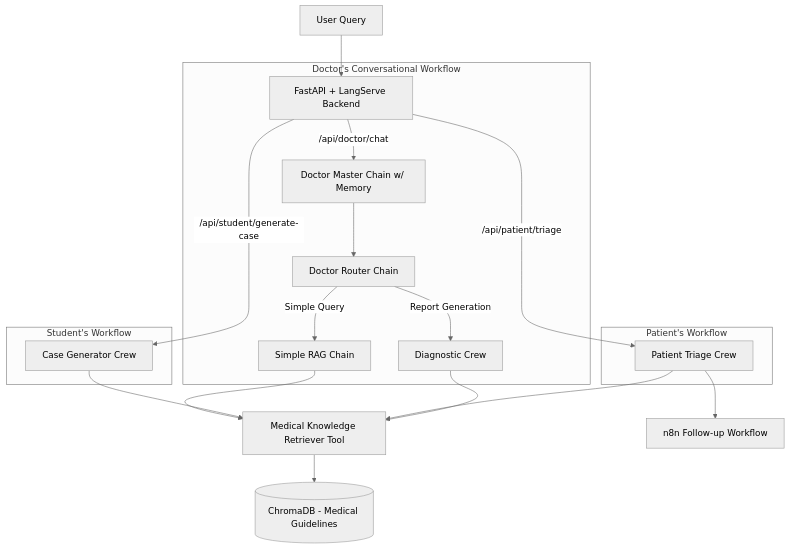
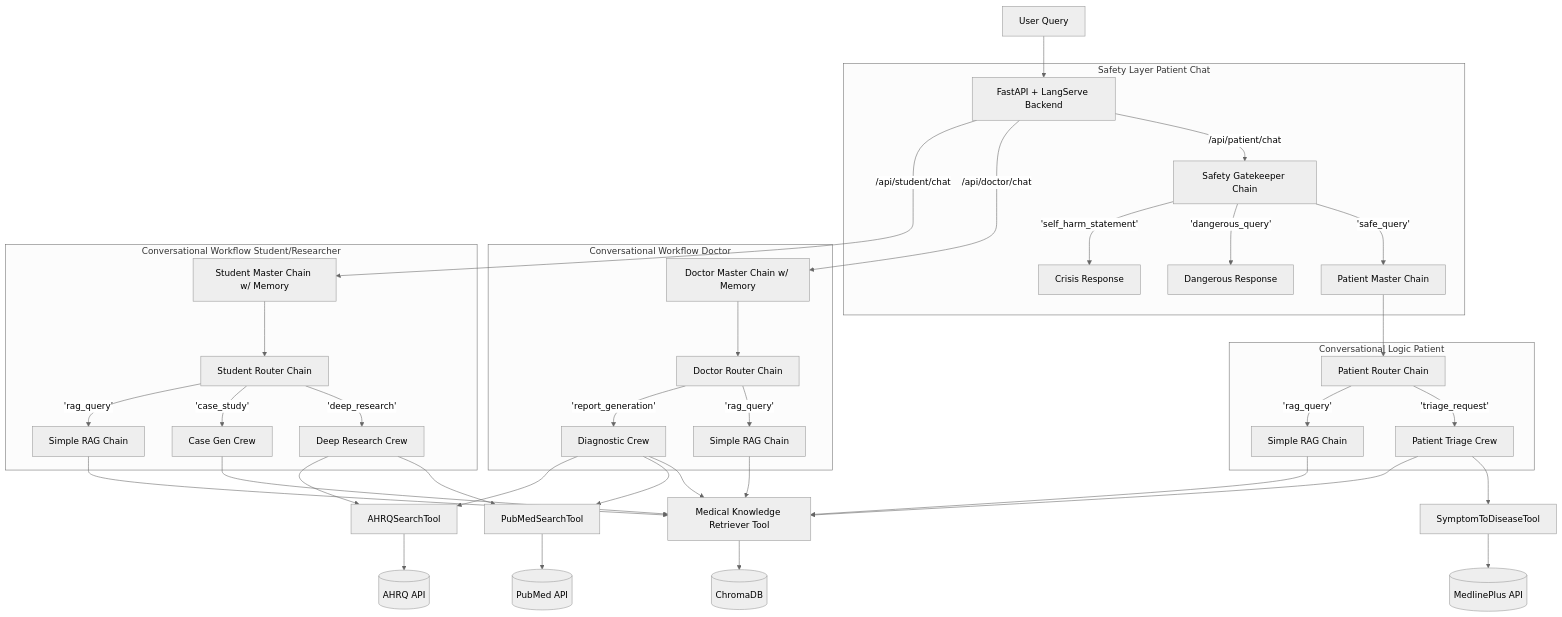
Before and after one commit to fidelis3/grad: the diagram in AI_Backend/medai/Visual/blueprint.md, drawn with Mermaid (neutral theme). The commit also changed other lines of this file and 6 other files, not shown here.

````diff
--- a/AI_Backend/medai/Visual/blueprint.md
+++ b/AI_Backend/medai/Visual/blueprint.md
@@ -1,27 +22,53 @@
 ```mermaid
 flowchart TB
     U[User Query] --> API[FastAPI + LangServe Backend]
 
-    subgraph Doctor's Conversational Workflow
-        API -- "/api/doctor/chat" --> DCM[Doctor Master Chain w/ Memory]
-        DCM --> DR[Doctor Router Chain]
-        DR -->|Simple Query| D_RAG[Simple RAG Chain]
-        DR -->|Report Generation| DC[Diagnostic Crew]
+    subgraph Safety Layer Patient Chat
+        API -- "/api/patient/chat" --> SC[Safety Gatekeeper Chain]
+        SC -->|'safe_query'| PMC[Patient Master Chain]
+        SC -->|'dangerous_query'| DR[Dangerous Response]
+        SC -->|'self_harm_statement'| CR[Crisis Response]
     end
 
-    subgraph Patient's Workflow
-        API -- "/api/patient/triage" --> PT[Patient Triage Crew]
+    subgraph Conversational Logic Patient
+        PMC --> PR[Patient Router Chain]
+        PR -->|'triage_request'| PTC[Patient Triage Crew]
+        PR -->|'rag_query'| RAG[Simple RAG Chain]
+    end
+
+    subgraph Conversational Workflow Doctor
+        API -- "/api/doctor/chat" --> DCM[Doctor Master Chain w/ Memory]
+        DCM --> DRTR[Doctor Router Chain]
+        DRTR -->|'rag_query'| D_RAG[Simple RAG Chain]
+        DRTR -->|'report_generation'| DC[Diagnostic Crew]
     end
     
-    subgraph Student's Workflow
-        API -- "/api/student/generate-case" --> SGC[Case Generator Crew]
+    subgraph Conversational Workflow Student/Researcher
+        API -- "/api/student/chat" --> SCM[Student Master Chain w/ Memory]
+        SCM --> SRTR[Student Router Chain]
+        SRTR -->|'deep_research'| SRC[Deep Research Crew]
+        SRTR -->|'case_study'| SGC[Case Gen Crew]
+        SRTR -->|'rag_query'| S_RAG[Simple RAG Chain]
     end
     
     DC --> MKR[Medical Knowledge Retriever Tool]
-    PT --> MKR
+    DC --> PST[PubMedSearchTool]
+    DC --> AST[AHRQSearchTool]
+
+    PTC --> ST[SymptomToDiseaseTool]
+    PTC --> MKR
+    
+    SRC --> PST
+    SRC --> AST
+
     SGC --> MKR
+    
+    RAG --> MKR
     D_RAG --> MKR
-    
-    MKR --> VDB[(ChromaDB - Medical Guidelines)]
-    PT --> N8N[n8n Follow-up Workflow]
-```
+    S_RAG --> MKR
+
+    ST --> NIH[(MedlinePlus API)]
+    PST --> PUBMED[(PubMed API)]
+    AST --> AHRQ[(AHRQ API)]
+    MKR --> VDB[(ChromaDB)]
+``` 
````
